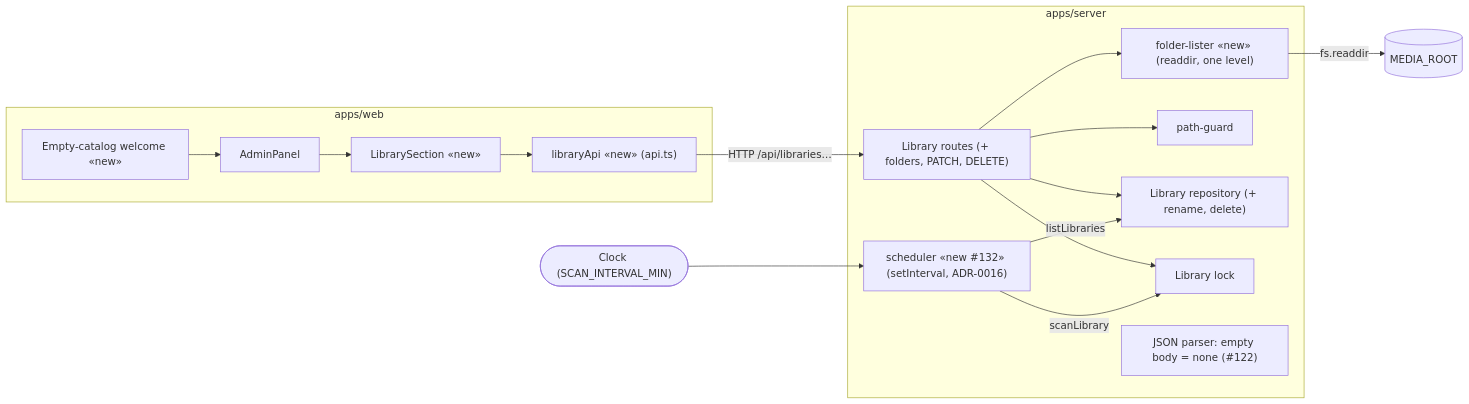
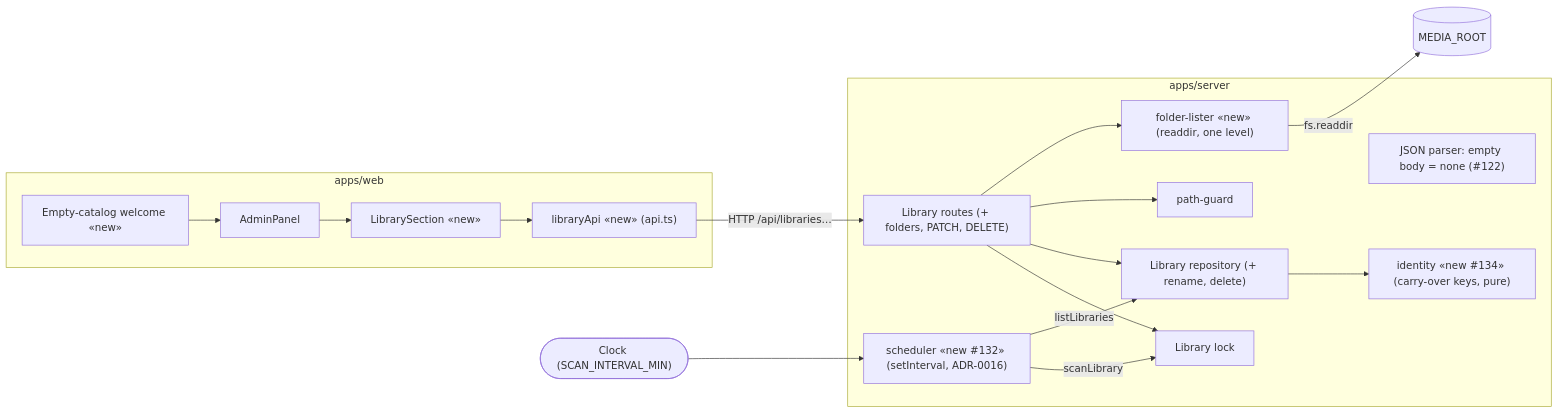
One commit to benoit-bremaud/popcorntv changed the diagram in docs/architecture/diagrams/library/03-component.md. Above: the diagram before and after it, drawn with Mermaid. The commit also changed other lines of this file and 10 other files, not shown here.

````diff
--- a/docs/architecture/diagrams/library/03-component.md
+++ b/docs/architecture/diagrams/library/03-component.md
@@ -12,30 +12,32 @@
 ```mermaid
 flowchart LR
   subgraph Web ["apps/web"]
     Admin[AdminPanel]
     LibSec["LibrarySection «new»"]
     Welcome["Empty-catalog welcome «new»"]
     Api["libraryApi «new» (api.ts)"]
     Admin --> LibSec
     Welcome --> Admin
     LibSec --> Api
   end
   subgraph Server ["apps/server"]
     Routes["Library routes (+ folders, PATCH, DELETE)"]
     Folders["folder-lister «new» (readdir, one level)"]
     Guard[path-guard]
     Repo["Library repository (+ rename, delete)"]
     Lock[Library lock]
     Parser["JSON parser: empty body = none (#122)"]
     Routes --> Folders
     Routes --> Guard
     Routes --> Repo
     Routes --> Lock
     Sched["scheduler «new #132» (setInterval, ADR-0016)"]
     Sched -->|"listLibraries"| Repo
     Sched -->|"scanLibrary"| Lock
+    Identity["identity «new #134» (carry-over keys, pure)"]
+    Repo --> Identity
   end
   Clock(["Clock (SCAN_INTERVAL_MIN)"]) --> Sched
   Api -->|"HTTP /api/libraries…"| Routes
   Folders -->|"fs.readdir"| FS[("MEDIA_ROOT")]
 ```
````
